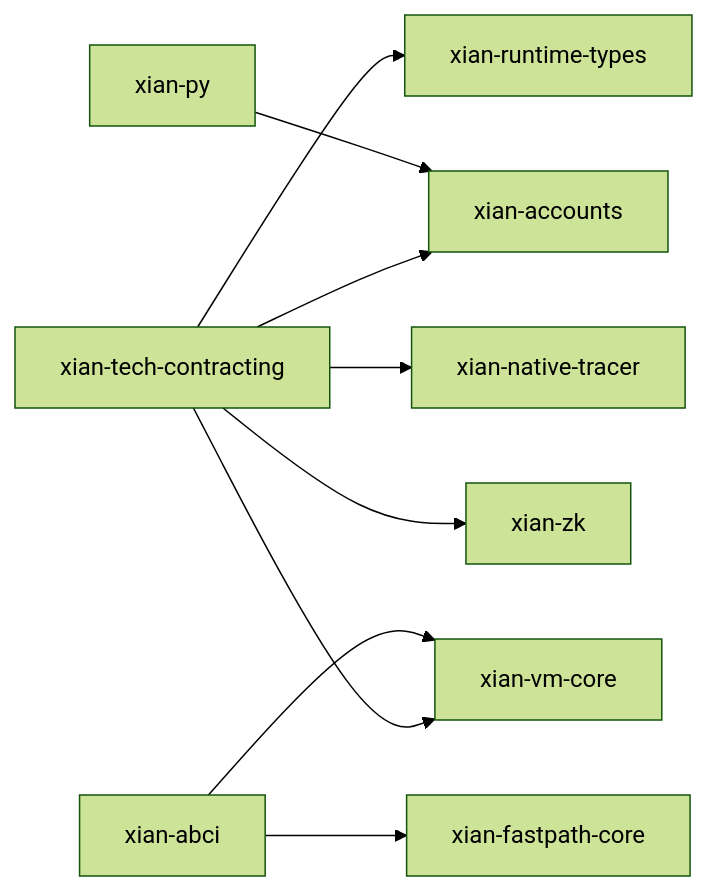
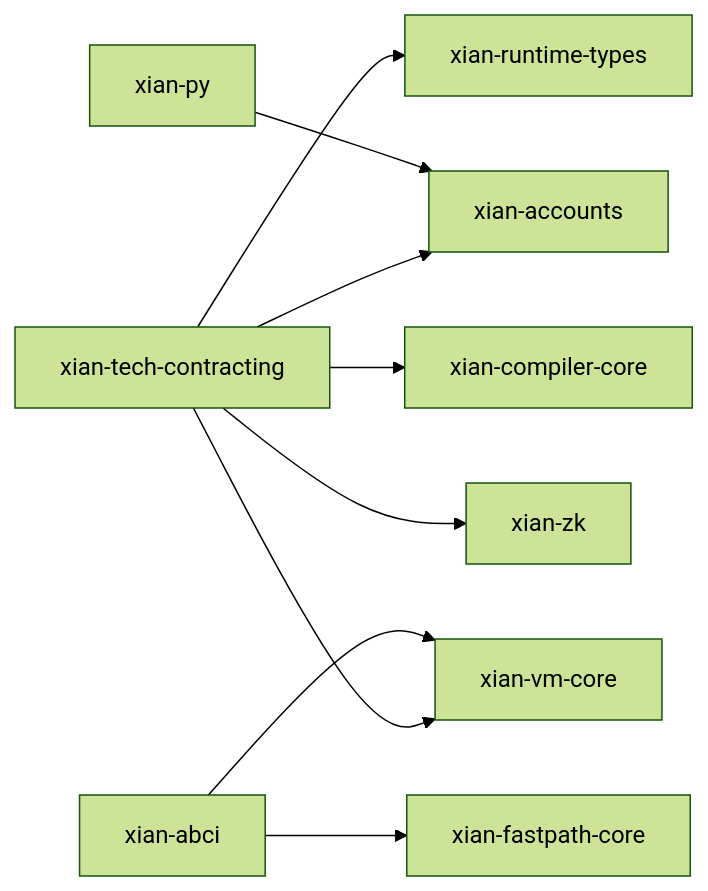
One commit to xian-technology/xian-contracting changed the diagram in packages/README.md. Above: the diagram before and after it, drawn with Mermaid (forest theme). The commit also changed other lines of this file and 162 other files, not shown here.

Commit message:
Focus contracting on Xian VM

````diff
--- a/packages/README.md
+++ b/packages/README.md
@@ -20,11 +20,11 @@
 ```mermaid
 flowchart LR
   Contracting["xian-tech-contracting"] --> RuntimeTypes["xian-runtime-types"]
   Contracting --> Accounts["xian-accounts"]
-  Contracting --> NativeTracer["xian-native-tracer"]
+  Contracting --> Compiler["xian-compiler-core"]
   Contracting --> VM["xian-vm-core"]
   Contracting --> ZK["xian-zk"]
   ABCI["xian-abci"] --> Fastpath["xian-fastpath-core"]
   ABCI --> VM
   SDK["xian-py"] --> Accounts
 ```
````
